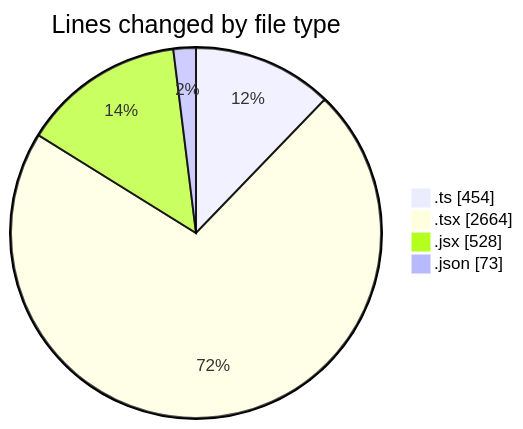
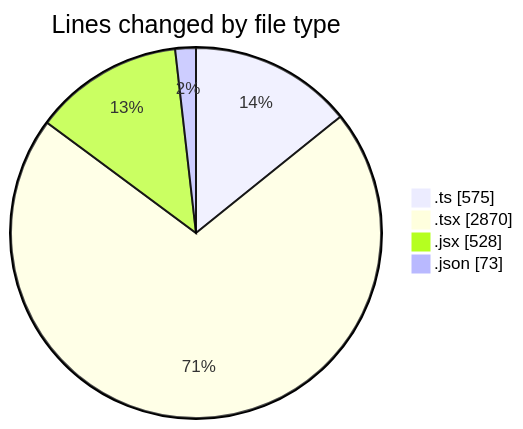
One commit to robertbonfada/code-tracking changed the first of 2 diagrams in 2025-01-25/termonied-web/README.md. Above: the diagram before and after it, drawn with Mermaid. The commit also changed other lines of this file and 1 other file, not shown here.

````diff
--- a/2025-01-25/termonied-web/README.md
+++ b/2025-01-25/termonied-web/README.md
@@ -38,8 +41,8 @@
 ```mermaid
 pie showData
 title Lines changed by file type
-".ts" : 454
-".tsx" : 2664
+".ts" : 575
+".tsx" : 2870
 ".jsx" : 528
 ".json" : 73
 ```
````
